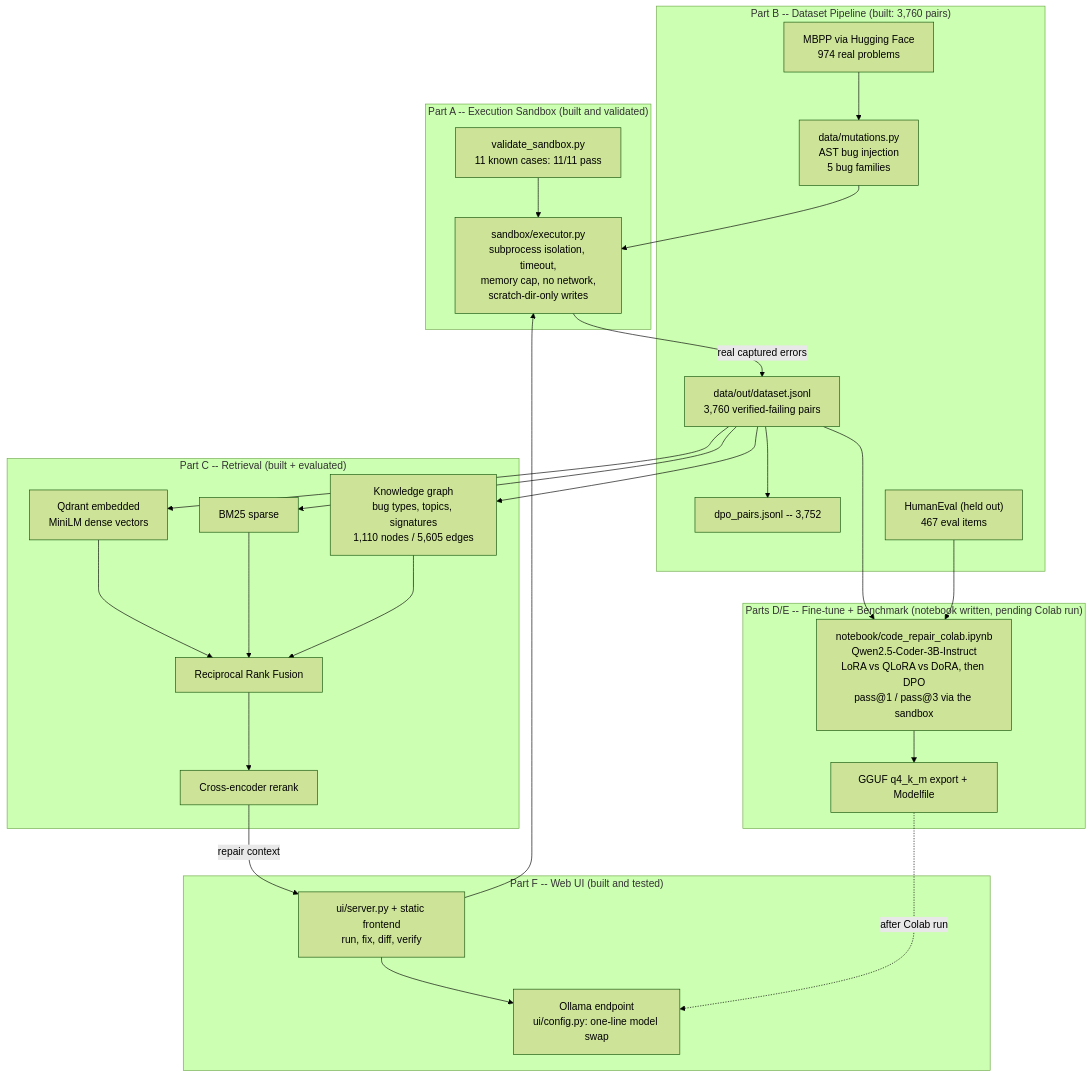
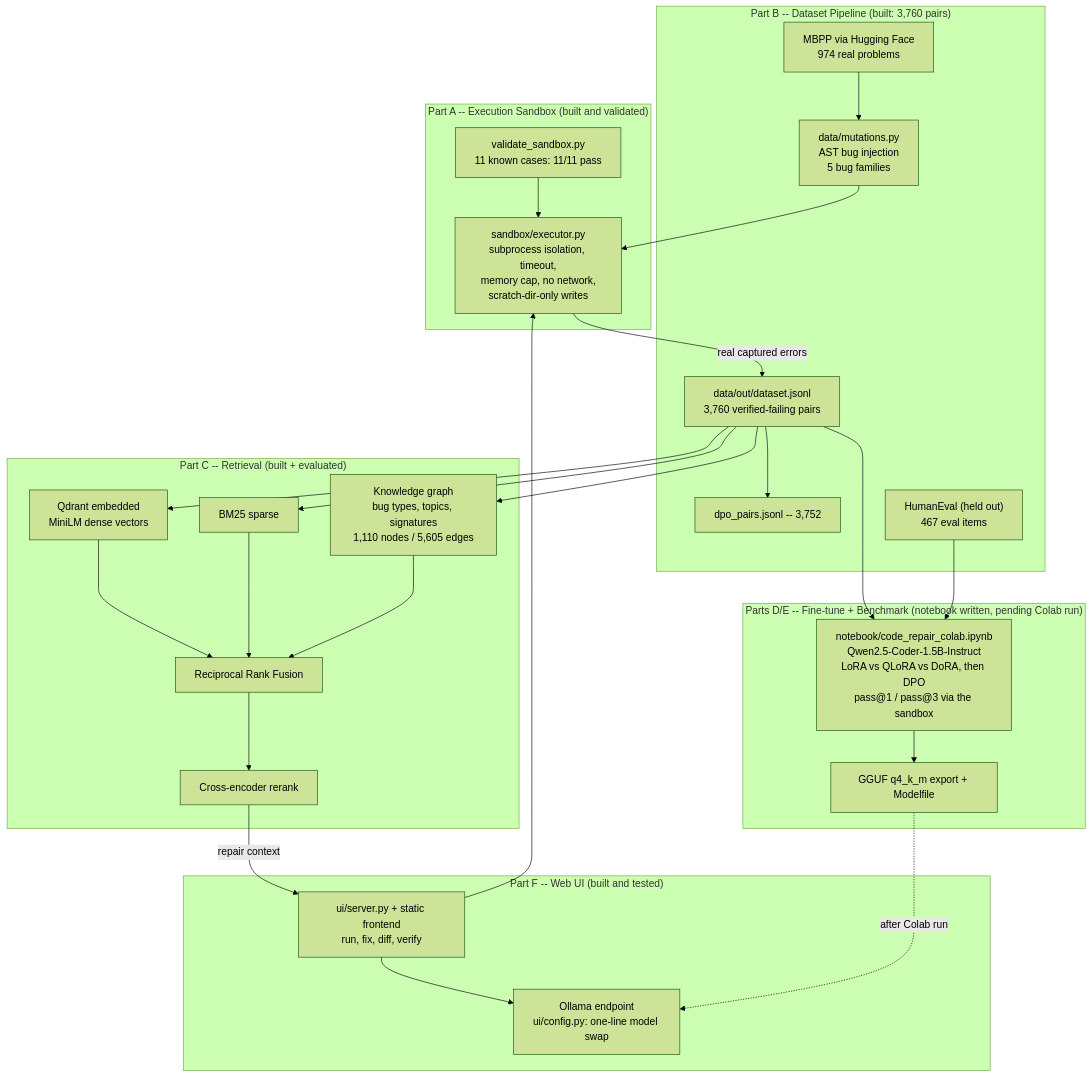
One commit to Shiva250503ss/Code-Repair changed the diagram in README.md. Above: the diagram before and after it, drawn with Mermaid (forest theme). The commit also changed other lines of this file and 4 other files, not shown here.

Commit message:
Switch notebook fine-tuning target to Qwen2.5-Coder-1.5B (matches UI demo model, trains in under 2h)

````diff
--- a/README.md
+++ b/README.md
@@ -16,46 +16,46 @@
 ```mermaid
 flowchart TB
     subgraph A["Part A -- Execution Sandbox (built and validated)"]
         SBX["sandbox/executor.py<br/>subprocess isolation, timeout,<br/>memory cap, no network,<br/>scratch-dir-only writes"]
         VAL["validate_sandbox.py<br/>11 known cases: 11/11 pass"]
         VAL --> SBX
     end
 
     subgraph B["Part B -- Dataset Pipeline (built: 3,760 pairs)"]
         MBPP["MBPP via Hugging Face<br/>974 real problems"]
         MUT["data/mutations.py<br/>AST bug injection<br/>5 bug families"]
         DS["data/out/dataset.jsonl<br/>3,760 verified-failing pairs"]
         DPO["dpo_pairs.jsonl -- 3,752"]
         HE["HumanEval (held out)<br/>467 eval items"]
         MBPP --> MUT --> SBX
         SBX -->|real captured errors| DS
         DS --> DPO
     end
 
     subgraph C["Part C -- Retrieval (built + evaluated)"]
         DENSE["Qdrant embedded<br/>MiniLM dense vectors"]
         BM25["BM25 sparse"]
         RRF["Reciprocal Rank Fusion"]
         KG["Knowledge graph<br/>bug types, topics, signatures<br/>1,110 nodes / 5,605 edges"]
         CE["Cross-encoder rerank"]
         DS --> DENSE & BM25 & KG
         DENSE & BM25 & KG --> RRF --> CE
     end
 
     subgraph D["Parts D/E -- Fine-tune + Benchmark (notebook written, pending Colab run)"]
-        NB["notebook/code_repair_colab.ipynb<br/>Qwen2.5-Coder-3B-Instruct<br/>LoRA vs QLoRA vs DoRA, then DPO<br/>pass@1 / pass@3 via the sandbox"]
+        NB["notebook/code_repair_colab.ipynb<br/>Qwen2.5-Coder-1.5B-Instruct<br/>LoRA vs QLoRA vs DoRA, then DPO<br/>pass@1 / pass@3 via the sandbox"]
         GGUF["GGUF q4_k_m export + Modelfile"]
         DS --> NB
         HE --> NB
         NB --> GGUF
     end
 
     subgraph F["Part F -- Web UI (built and tested)"]
         UI["ui/server.py + static frontend<br/>run, fix, diff, verify"]
         OLL["Ollama endpoint<br/>ui/config.py: one-line model swap"]
         UI --> OLL
         UI --> SBX
         CE -->|repair context| UI
         GGUF -.->|after Colab run| OLL
     end
 ```
````
